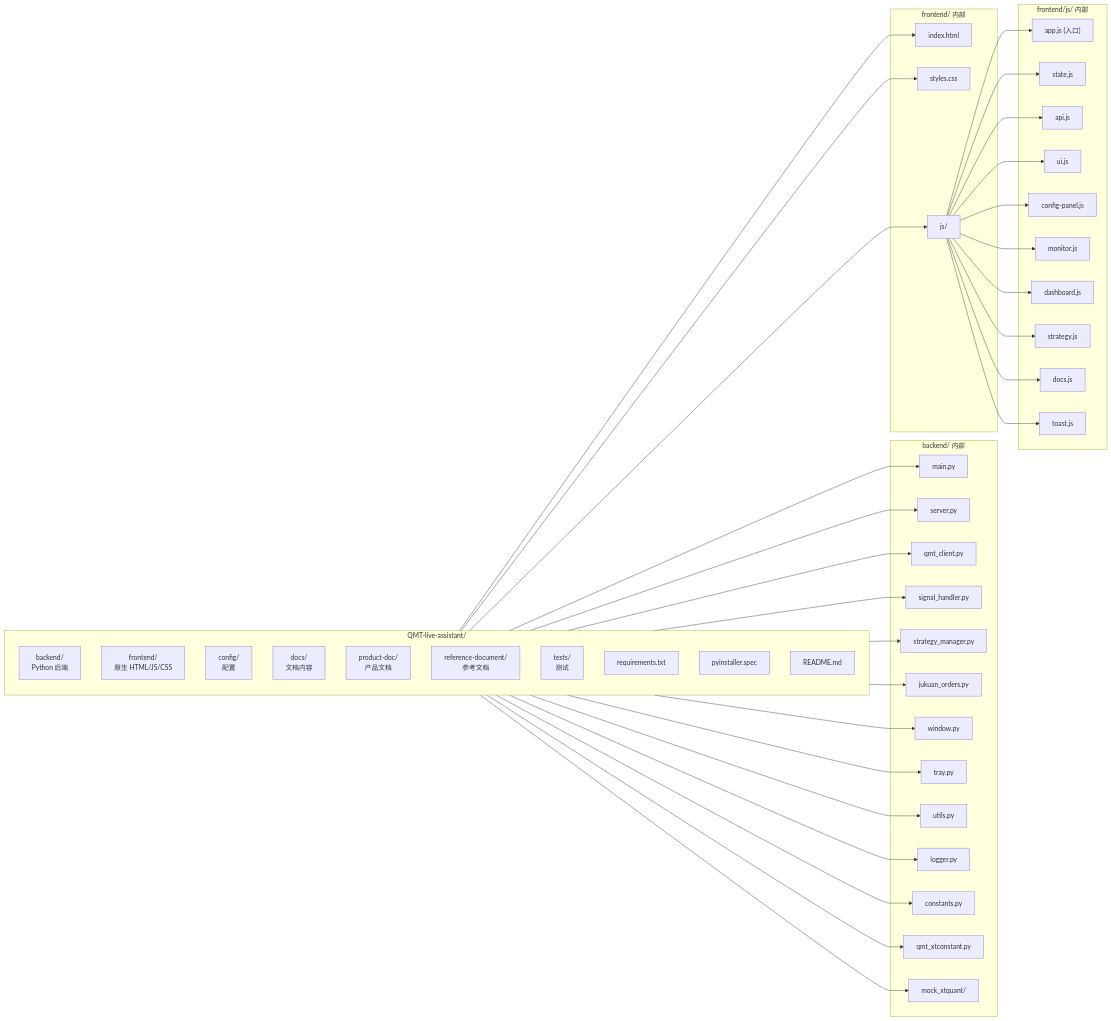
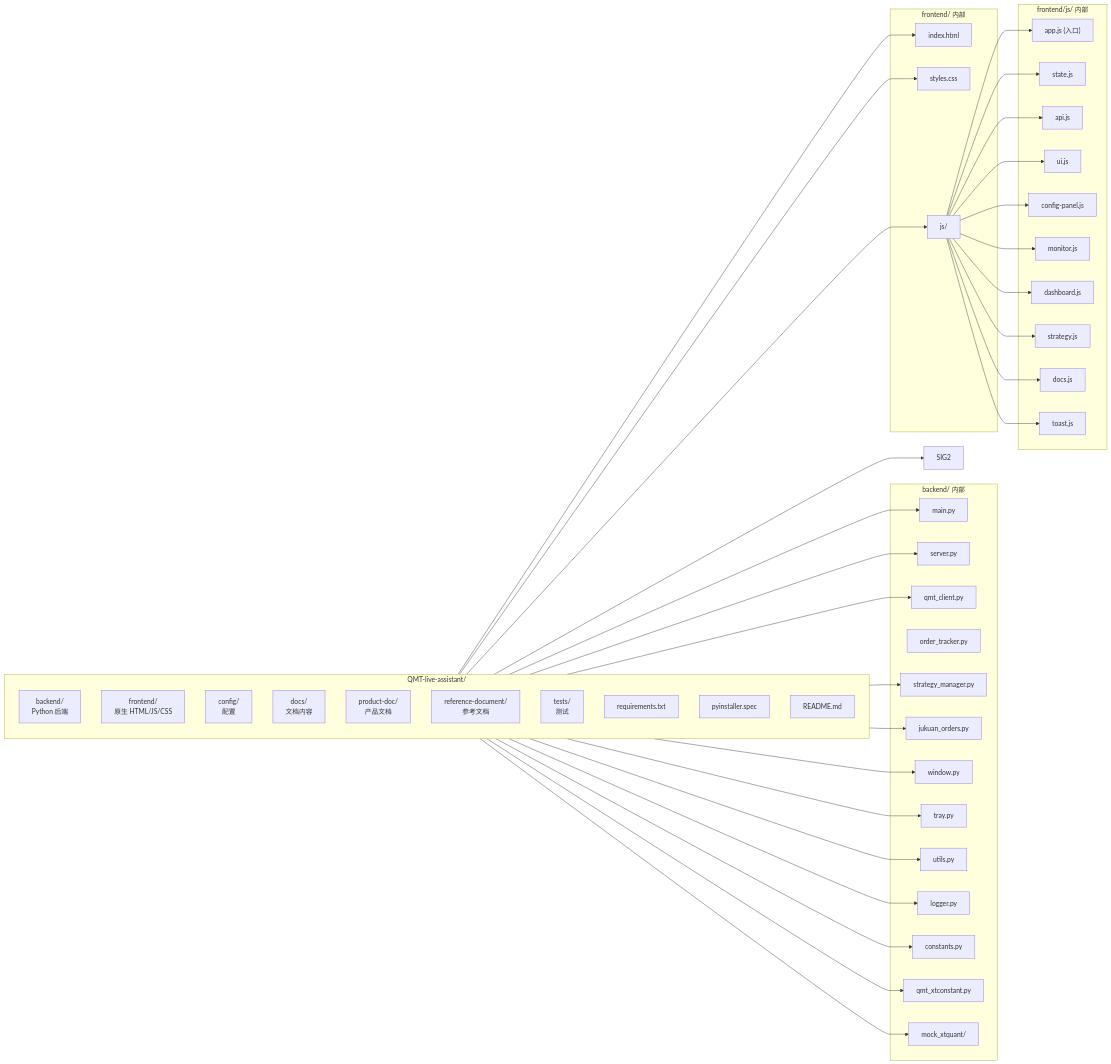
Before and after one commit to Dada-liu/QMT-Live-Assistant: the second of 5 diagrams in product-doc/IMPLEMENTATION_PLAN.md, drawn with Mermaid. The commit also changed other lines of this file and 12 other files, not shown here.

````diff
--- a/product-doc/IMPLEMENTATION_PLAN.md
+++ b/product-doc/IMPLEMENTATION_PLAN.md
@@ -111,55 +108,55 @@
 ```mermaid
 graph LR
     subgraph ROOT["QMT-live-assistant/"]
         direction TB
         BE["backend/<br/>Python 后端"]
         FE["frontend/<br/>原生 HTML/JS/CSS"]
         CFG_DIR["config/<br/>配置"]
         DOCS["docs/<br/>文档内容"]
         PDOC["product-doc/<br/>产品文档"]
         REF["reference-document/<br/>参考文档"]
         TEST["tests/<br/>测试"]
         REQ["requirements.txt"]
         SPEC["pyinstaller.spec"]
         README["README.md"]
     end
 
     subgraph "backend/ 内部"
         MAIN2["main.py"]
         SVR2["server.py"]
         CLIENT2["qmt_client.py"]
-        SIG2["signal_handler.py"]
+        ORD2["order_tracker.py"]
         STRAT2["strategy_manager.py"]
         JK2["jukuan_orders.py"]
         WINDOW2["window.py"]
         TRAY2["tray.py"]
         UTILS2["utils.py"]
         LOG2["logger.py"]
         CONST2["constants.py"]
         XTC2["qmt_xtconstant.py"]
         MOCK["mock_xtquant/"]
     end
 
     subgraph "frontend/ 内部"
         HTML2["index.html"]
         CSS["styles.css"]
         JS_DIR["js/"]
     end
 
     subgraph "frontend/js/ 内部"
         APP_JS["app.js (入口)"]
         STATE_JS["state.js"]
         API_JS["api.js"]
         UI_JS["ui.js"]
         CFG_JS["config-panel.js"]
         MON_JS2["monitor.js"]
         DASH_JS2["dashboard.js"]
         STRAT_JS["strategy.js"]
         DOCS_JS["docs.js"]
         TOAST["toast.js"]
     end
 
     BE --> MAIN2 & SVR2 & CLIENT2 & SIG2 & STRAT2 & JK2 & WINDOW2 & TRAY2 & UTILS2 & LOG2 & CONST2 & XTC2 & MOCK
     FE --> HTML2 & CSS & JS_DIR
     JS_DIR --> APP_JS & STATE_JS & API_JS & UI_JS & CFG_JS & MON_JS2 & DASH_JS2 & STRAT_JS & DOCS_JS & TOAST
 ```
````
